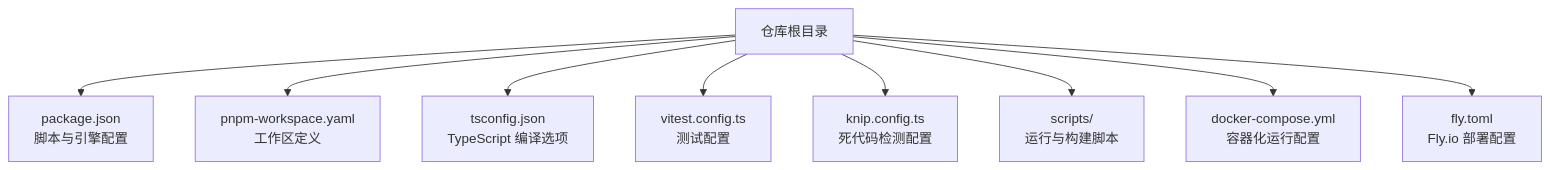
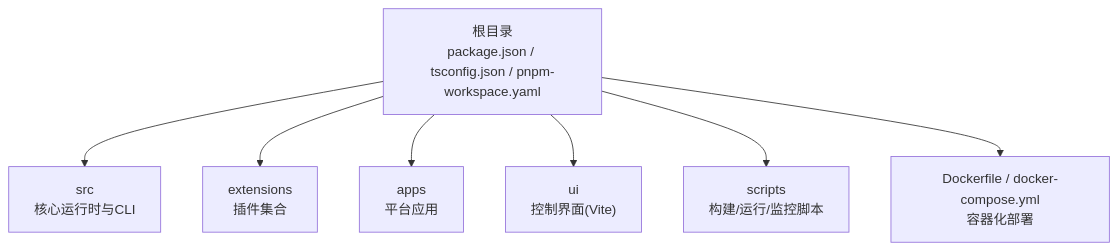
Before and after one commit to botx-work/OpenClaw-Internals: the first of 3 diagrams in repowiki/zh/content/开发者指南/开发环境搭建.md, drawn with Mermaid. The commit also changed other lines of this file and 542 other files, not shown here.

````diff
--- a/repowiki/zh/content/开发者指南/开发环境搭建.md
+++ b/repowiki/zh/content/开发者指南/开发环境搭建.md
@@ -35,20 +56,16 @@
 ```mermaid
 graph TB
-Root["仓库根目录"]
-Pkg["package.json<br/>脚本与引擎配置"]
-WS["pnpm-workspace.yaml<br/>工作区定义"]
-TS["tsconfig.json<br/>TypeScript 编译选项"]
-VT["vitest.config.ts<br/>测试配置"]
-KN["knip.config.ts<br/>死代码检测配置"]
-Scripts["scripts/<br/>运行与构建脚本"]
-Docker["docker-compose.yml<br/>容器化运行配置"]
-Fly["fly.toml<br/>Fly.io 部署配置"]
-Root --> Pkg
-Root --> WS
-Root --> TS
-Root --> VT
-Root --> KN
+Root["根目录<br/>package.json / tsconfig.json / pnpm-workspace.yaml"]
+Src["src<br/>核心运行时与CLI"]
+Extensions["extensions<br/>插件集合"]
+Apps["apps<br/>平台应用"]
+UI["ui<br/>控制界面(Vite)"]
+Scripts["scripts<br/>构建/运行/监控脚本"]
+Docker["Dockerfile / docker-compose.yml<br/>容器化部署"]
+Root --> Src
+Root --> Extensions
+Root --> Apps
+Root --> UI
 Root --> Scripts
 Root --> Docker
-Root --> Fly
 ```
````
